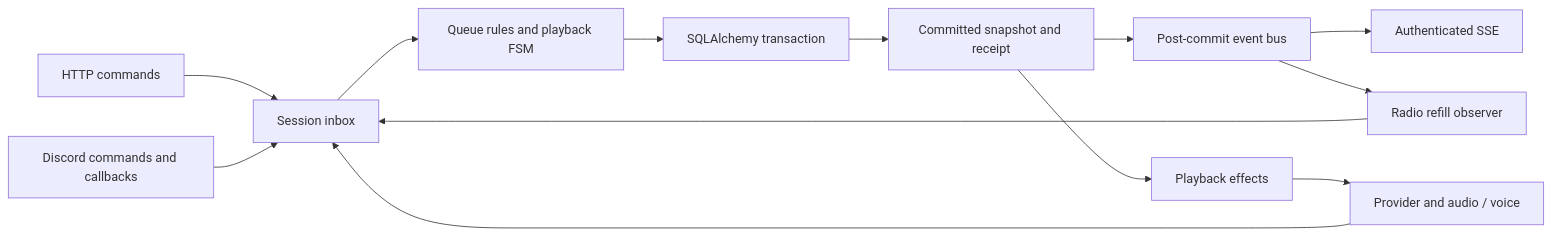
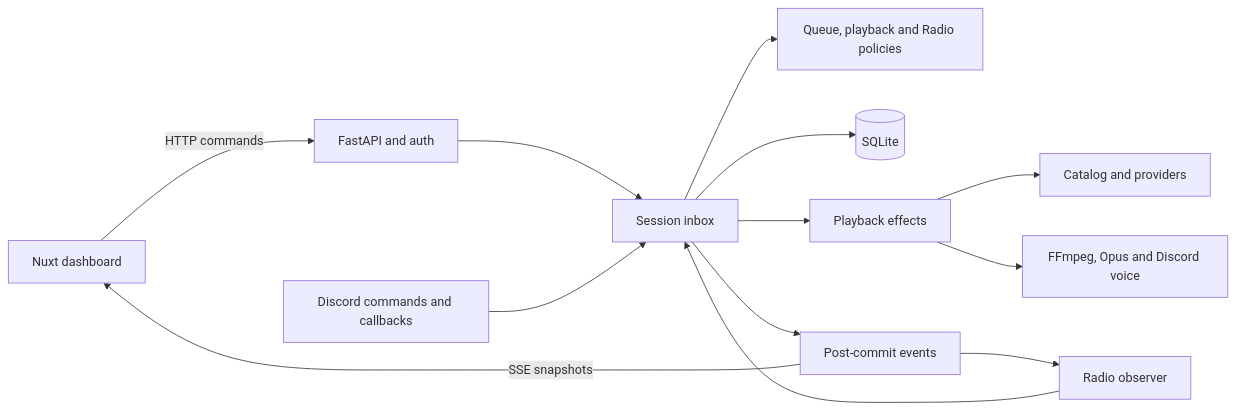
One commit to SmolBlackHole/NaHoerMaar changed the first of 2 diagrams in docs/architecture.md. Above: the diagram before and after it, drawn with Mermaid. The commit also changed other lines of this file and 19 other files, not shown here.

````diff
--- a/docs/architecture.md
+++ b/docs/architecture.md
@@ -30,15 +24,15 @@
 ```mermaid
 flowchart LR
-    HTTP[HTTP commands] --> Inbox[Session inbox]
-    Discord[Discord commands and callbacks] --> Inbox
-    Inbox --> Policy[Queue rules and playback FSM]
-    Policy --> Commit[SQLAlchemy transaction]
-    Commit --> State[Committed snapshot and receipt]
-    State --> Bus[Post-commit event bus]
-    State --> Effects[Playback effects]
-    Effects --> IO[Provider and audio / voice]
-    IO --> Inbox
-    Bus --> SSE[Authenticated SSE]
-    Bus --> Refill[Radio refill observer]
-    Refill --> Inbox
+    Browser[Nuxt dashboard] -->|HTTP commands| API[FastAPI and auth]
+    API --> Session[Session inbox]
+    Discord[Discord commands and callbacks] --> Session
+    Session --> Domain[Queue, playback and Radio policies]
+    Session --> DB[(SQLite)]
+    Session --> Effects[Playback effects]
+    Effects --> Catalog[Catalog and providers]
+    Effects --> Voice[FFmpeg, Opus and Discord voice]
+    Session --> Events[Post-commit events]
+    Events -->|SSE snapshots| Browser
+    Events --> Radio[Radio observer]
+    Radio --> Session
 ```
````
